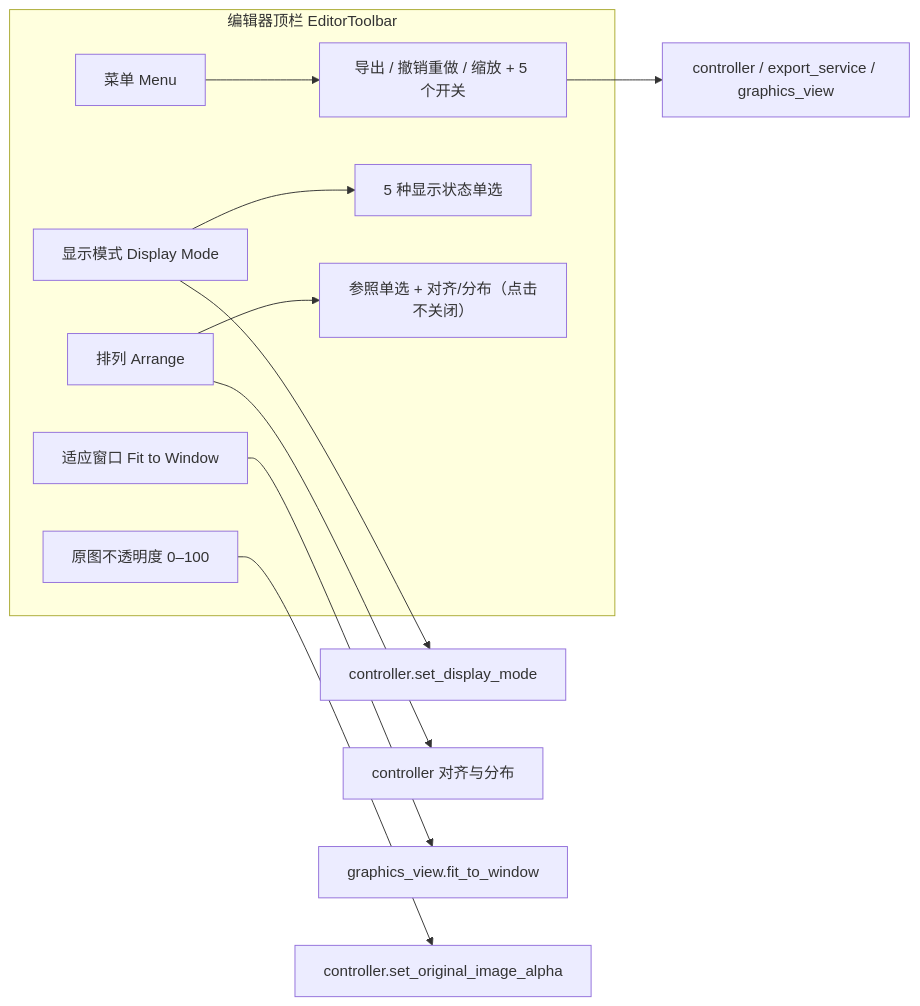
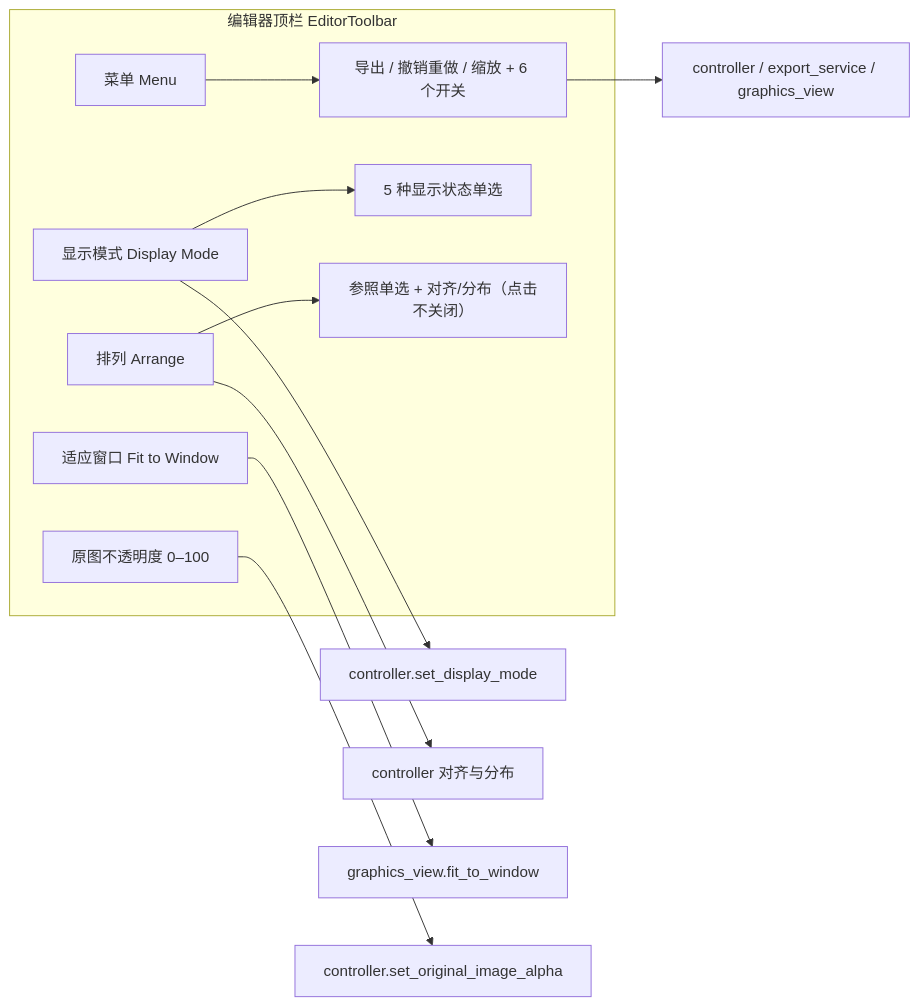
Before and after one commit to hgmzhn/manga-translator-ui: the diagram in doc/wiki/zh/desktop/editor/toolbar-and-menus.md, drawn with Mermaid. The commit also changed other lines of this file and 26 other files, not shown here.

````diff
--- a/doc/wiki/zh/desktop/editor/toolbar-and-menus.md
+++ b/doc/wiki/zh/desktop/editor/toolbar-and-menus.md
@@ -55,15 +56,15 @@
 ```mermaid
 flowchart LR
     subgraph TB["编辑器顶栏 EditorToolbar"]
-        M["菜单 Menu"] --> MI["导出 / 撤销重做 / 缩放 + 5 个开关"]
+        M["菜单 Menu"] --> MI["导出 / 撤销重做 / 缩放 + 6 个开关"]
         D["显示模式 Display Mode"] --> DI["5 种显示状态单选"]
         A["排列 Arrange"] --> AI["参照单选 + 对齐/分布（点击不关闭）"]
         F["适应窗口 Fit to Window"]
         O["原图不透明度 0–100"]
     end
     MI --> C["controller / export_service / graphics_view"]
     D --> CV["controller.set_display_mode"]
     A --> AV["controller 对齐与分布"]
     F --> FV["graphics_view.fit_to_window"]
     O --> OV["controller.set_original_image_alpha"]
 ```
````
